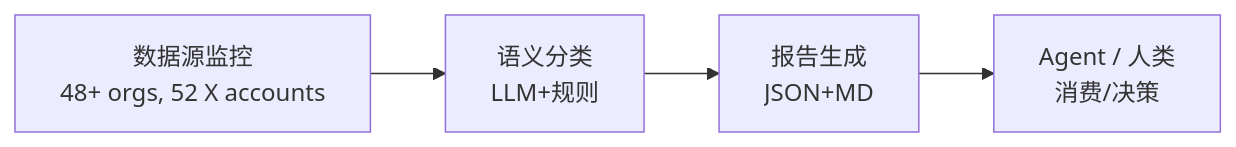
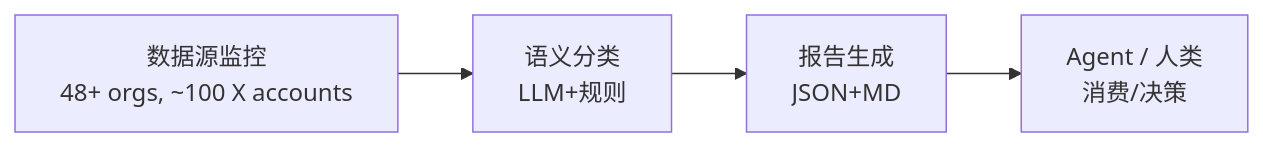
Before and after one commit to liuxiaotong/ai-dataset-radar: the diagram in README.md, drawn with Mermaid. The commit also changed other lines of this file and 1 other file, not shown here.

````diff
--- a/README.md
+++ b/README.md
@@ -31,6 +31,6 @@
 ```mermaid
 graph LR
-    A["数据源监控<br/>48+ orgs, 52 X accounts"] --> B["语义分类<br/>LLM+规则"]
+    A["数据源监控<br/>48+ orgs, ~100 X accounts"] --> B["语义分类<br/>LLM+规则"]
     B --> C["报告生成<br/>JSON+MD"]
     C --> D["Agent / 人类<br/>消费/决策"]
 ```
````
